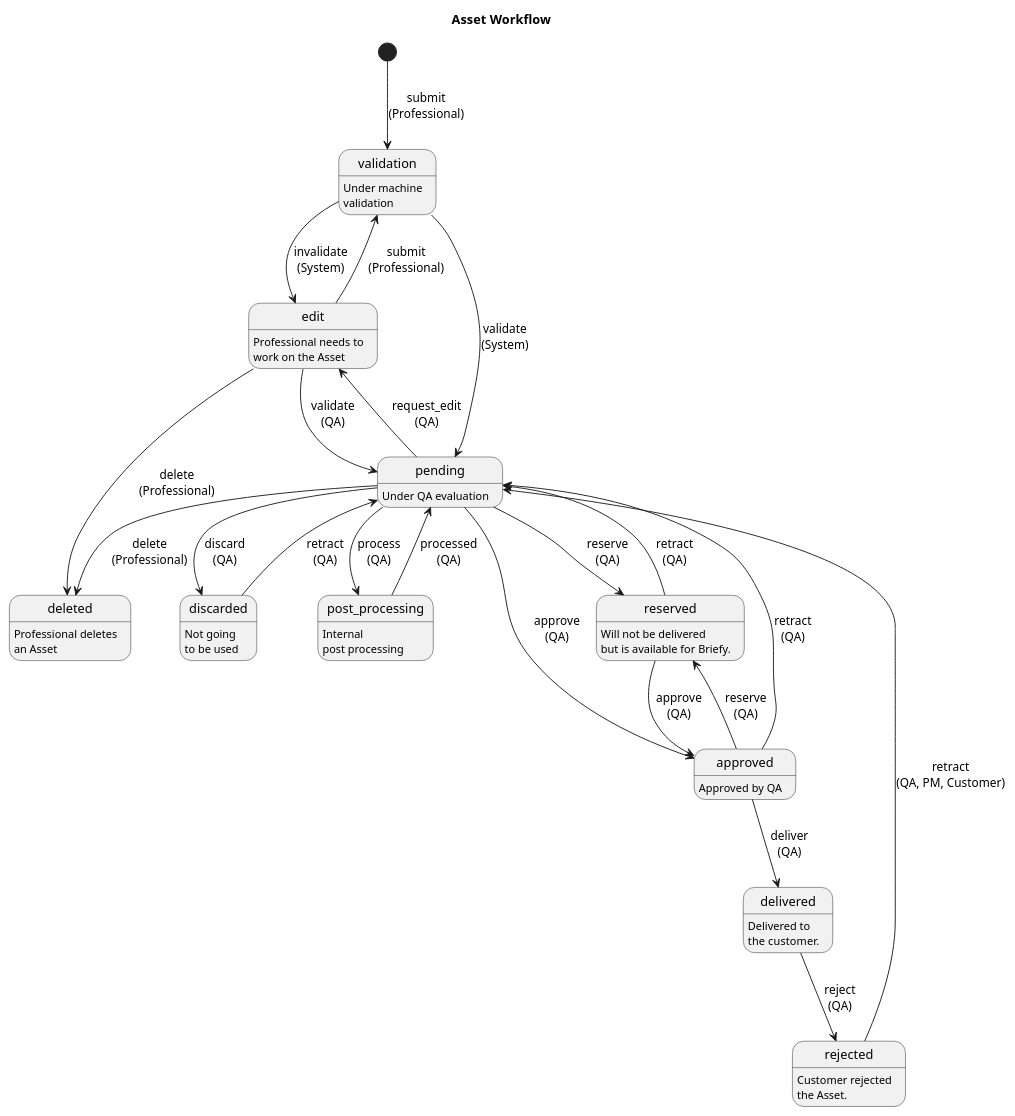
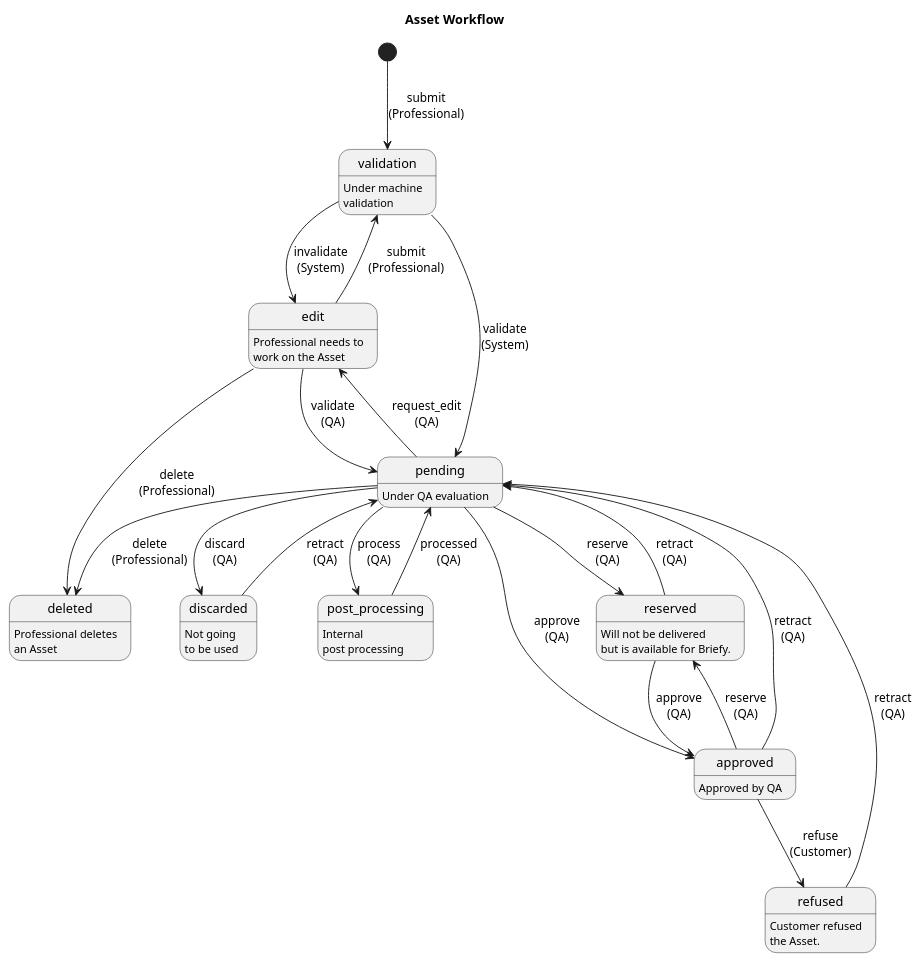
The diagram in docs/objects/asset.rst (BriefyHQ/briefy.leica), drawn with PlantUML before and after one commit. The commit also changed 1 other file, not shown here.

Commit message:
Update workflow docs

```diff
--- a/docs/objects/asset.rst
+++ b/docs/objects/asset.rst
@@ -7,40 +7,38 @@
 .. uml::
 
     @startuml
 
     title Asset Workflow
 
     state validation: Under machine\nvalidation
     state edit: Professional needs to\nwork on the Asset
     state deleted: Professional deletes\nan Asset
     state pending: Under QA evaluation
     state discarded: Not going\nto be used
     state post_processing: Internal\npost processing
     state approved: Approved by QA
     state reserved: Will not be delivered\nbut is available for Briefy.
-    state delivered: Delivered to\nthe customer.
-    state rejected: Customer rejected\nthe Asset.
+    state refused: Customer refused\nthe Asset.
 
     [*] --> validation : submit\n(Professional)
     validation --> edit : invalidate\n(System)
     validation --> pending : validate\n(System)
     edit --> pending : validate\n(QA)
     edit --> deleted : delete\n(Professional)
     edit --> validation : submit\n(Professional)
     pending --> deleted : delete\n(Professional)
     pending --> discarded : discard\n(QA)
     discarded --> pending : retract\n(QA)
-    delivered --> rejected : reject\n(QA)
+    approved --> refused : refuse\n(Customer)
     pending --> post_processing : process\n(QA)
     post_processing --> pending : processed\n(QA)
     pending --> reserved : reserve\n(QA)
     approved --> reserved : reserve\n(QA)
     pending --> edit: request_edit\n(QA)
     pending --> approved: approve\n(QA)
     reserved --> approved: approve\n(QA)
     approved --> pending : retract\n(QA)
-    rejected --> pending : retract\n(QA, PM, Customer)
     reserved --> pending : retract\n(QA)
-    approved --> delivered : deliver\n(QA)
+    refused --> pending : retract\n(QA)
 
     @enduml
```
